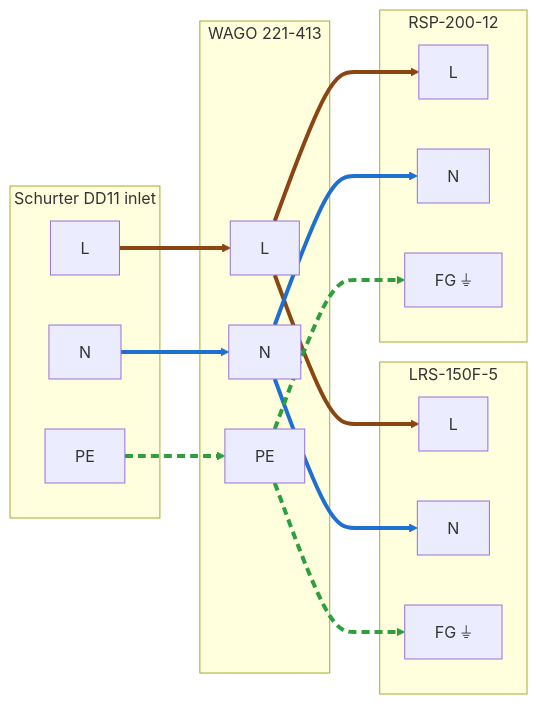
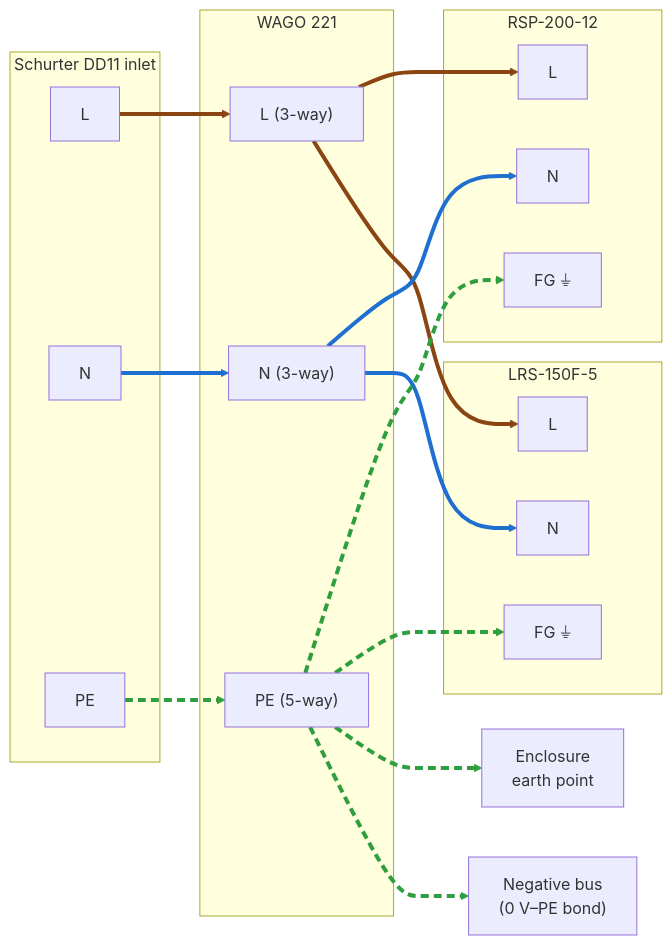
One commit to Lukas0923xcv/JBOD changed the second of 3 diagrams in docs/04-assembly-guide.md. Above: the diagram before and after it, drawn with Mermaid. The commit also changed other lines of this file and 17 other files, not shown here.

````diff
--- a/docs/04-assembly-guide.md
+++ b/docs/04-assembly-guide.md
@@ -68,35 +76,39 @@
 ```mermaid
 flowchart LR
     subgraph Inlet ["Schurter DD11 inlet"]
         IL["L"]
         IN["N"]
         IPE["PE"]
     end
-    subgraph WAGO ["WAGO 221-413"]
-        WL["L"]
-        WN["N"]
-        WPE["PE"]
+    subgraph WAGO ["WAGO 221"]
+        WL["L (3-way)"]
+        WN["N (3-way)"]
+        WPE["PE (5-way)"]
     end
     subgraph LRS ["LRS-150F-5"]
         LL["L"]
         LN["N"]
         LF["FG ⏚"]
     end
     subgraph RSP ["RSP-200-12"]
         RL["L"]
         RN["N"]
         RF["FG ⏚"]
     end
+    ENC["Enclosure<br>earth point"]
+    NB["Negative bus<br>(0 V–PE bond)"]
     IL --> WL
     IN --> WN
     IPE --> WPE
     WL --> RL
     WL --> LL
     WN --> RN
     WN --> LN
     WPE --> RF
     WPE --> LF
+    WPE --> ENC
+    WPE --> NB
     linkStyle 0,3,4 stroke:#8b4513,stroke-width:4px
     linkStyle 1,5,6 stroke:#1f6fd1,stroke-width:4px
-    linkStyle 2,7,8 stroke:#2e9e3e,stroke-width:4px,stroke-dasharray:8 5
+    linkStyle 2,7,8,9,10 stroke:#2e9e3e,stroke-width:4px,stroke-dasharray:8 5
 ```
````
